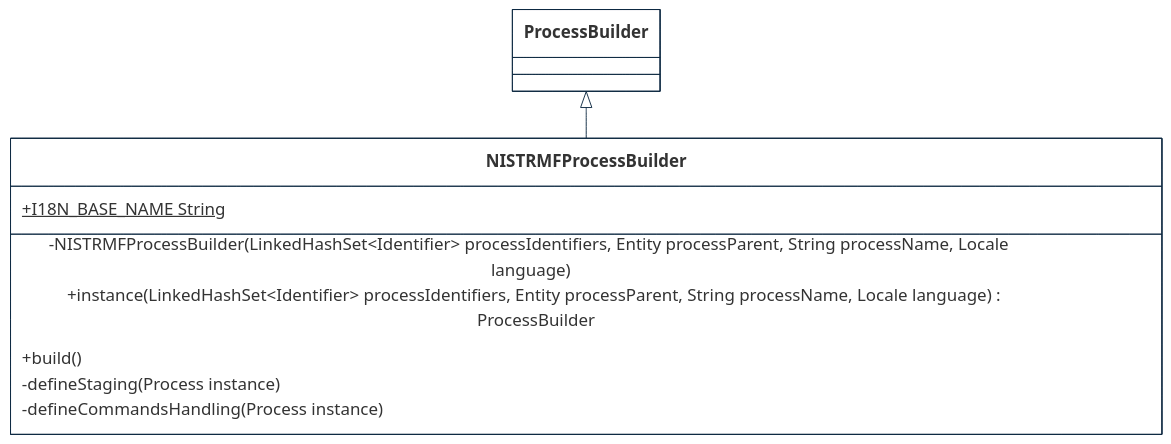
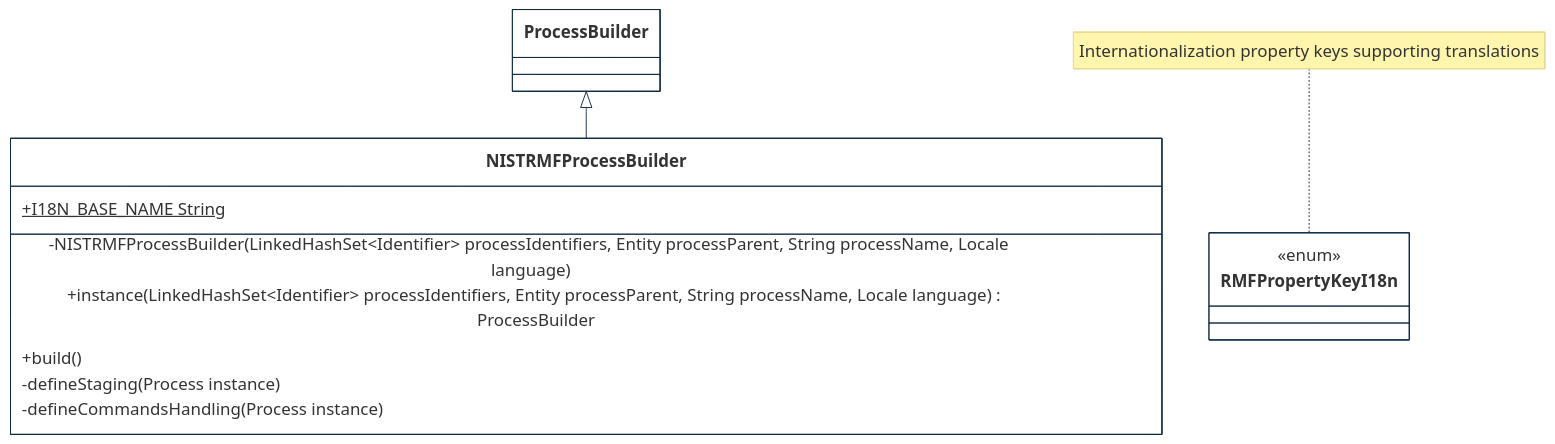
Before and after one commit to cybnity/foundation: the second of 3 diagrams in implementations-line/features/workflow-process/defense-template/designview-packages.md, drawn with Mermaid. The commit also changed 2 other files, not shown here.

````diff
--- a/implementations-line/features/workflow-process/defense-template/designview-packages.md
+++ b/implementations-line/features/workflow-process/defense-template/designview-packages.md
@@ -78,30 +78,34 @@
 ```mermaid
 %%{
   init: {
     'theme': 'base',
     'themeVariables': {
         'background': '#ffffff',
         'fontFamily': 'arial',
         'fontSize': '18px',
         'primaryColor': '#fff',
         'primaryBorderColor': '#0e2a43',
         'secondaryBorderColor': '#0e2a43',
         'tertiaryBorderColor': '#0e2a43',
         'edgeLabelBackground':'#0e2a43',
         'lineColor': '#0e2a43',
         'tertiaryColor': '#fff'
     }
   }
 }%%
 classDiagram
   ProcessBuilder <|-- NISTRMFProcessBuilder
+  note for RMFPropertyKeyI18n "Internationalization property keys supporting translations"
   class NISTRMFProcessBuilder {
     +I18N_BASE_NAME String$
     -NISTRMFProcessBuilder(LinkedHashSet~Identifier~ processIdentifiers, Entity processParent, String processName, Locale language)
     +instance(LinkedHashSet~Identifier~ processIdentifiers, Entity processParent, String processName, Locale language) ProcessBuilder
     +build()
     -defineStaging(Process instance)
     -defineCommandsHandling(Process instance)
   }
+  class RMFPropertyKeyI18n {
+    <<enum>>
+  }
 
 ```
````
